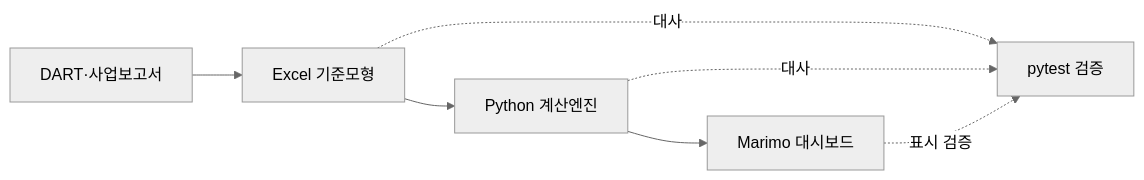
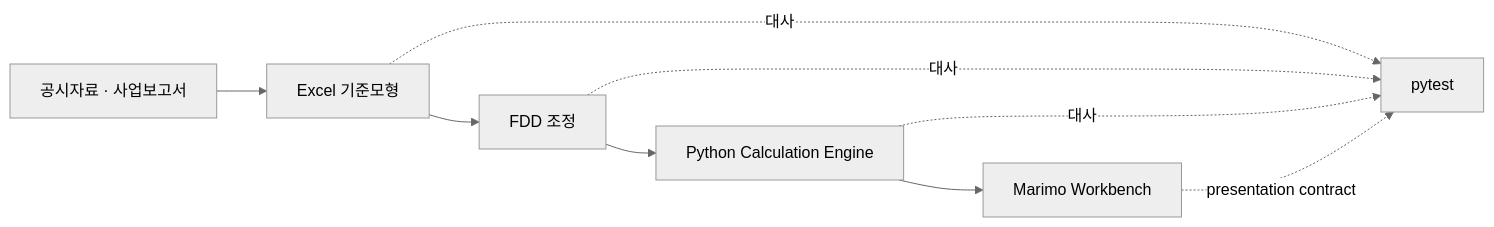
Before and after one commit to hahnjune0118/Orion_DCF_Valuation: the third of 3 diagrams in README.md, drawn with Mermaid (neutral theme). The commit also changed other lines of this file, not shown here.

Commit message:
docs: reposition README around valuation and FDD workbench (#16)

````diff
--- a/README.md
+++ b/README.md
@@ -153,9 +207,12 @@
 ```mermaid
 flowchart LR
-    A[DART·사업보고서] --> B[Excel 기준모형]
-    B --> C[Python 계산엔진]
-    C --> D[Marimo 대시보드]
-    B -. 대사 .-> E[pytest 검증]
-    C -. 대사 .-> E
-    D -. 표시 검증 .-> E
+    A[공시자료 · 사업보고서] --> B[Excel 기준모형]
+    B --> C[FDD 조정]
+    C --> D[Python Calculation Engine]
+    D --> E[Marimo Workbench]
+
+    B -. 대사 .-> F[pytest]
+    C -. 대사 .-> F
+    D -. 대사 .-> F
+    E -. presentation contract .-> F
 ```
````
